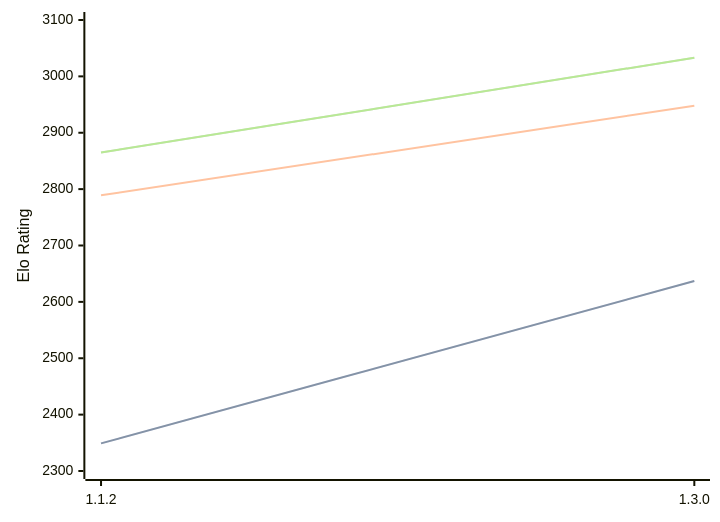
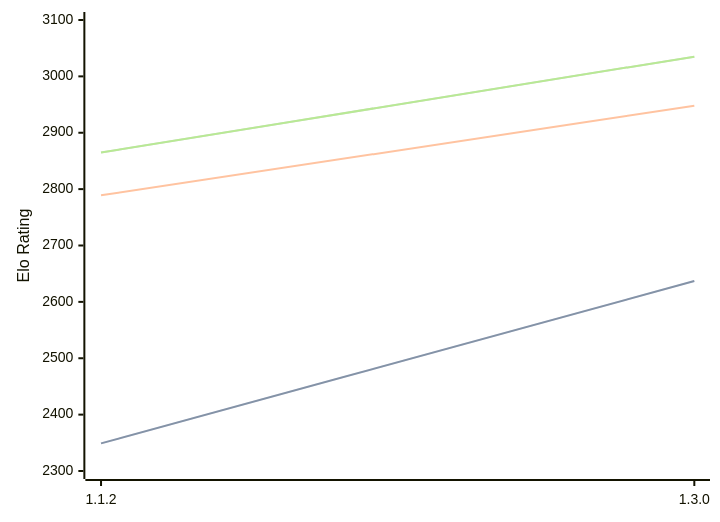
One commit to computer-chess-index/cci changed the diagram in engines/Ember.md. Above: the diagram before and after it, drawn with Mermaid. The commit also changed other lines of this file, not shown here.

Commit message:
Update CCI Ratings (ELO VLTC) - 2026-09-02

````diff
--- a/engines/Ember.md
+++ b/engines/Ember.md
@@ -41,11 +41,11 @@
 ```mermaid
 %%{init: {"theme":"base","themeVariables":{"seriesColors:['#a3a3a3','#222221','#faa371']}}}%%
 xychart-beta
   x-axis ["1.1.2", "1.3.0"]
   y-axis "Elo Rating" 2300 --> 3100
   line "" [2349, 2637]
   line "STC (8.0+0.08s)" [2349, 2637]
   line "LTC (60.0+0.60s)" [2789, 2948]
-  line "" [2865, 3033]
-  line "VLTC (2m24s+1.12s)" [2865, 3033]
+  line "" [2865, 3035]
+  line "VLTC (2m24s+1.12s)" [2865, 3035]
 ```
````
